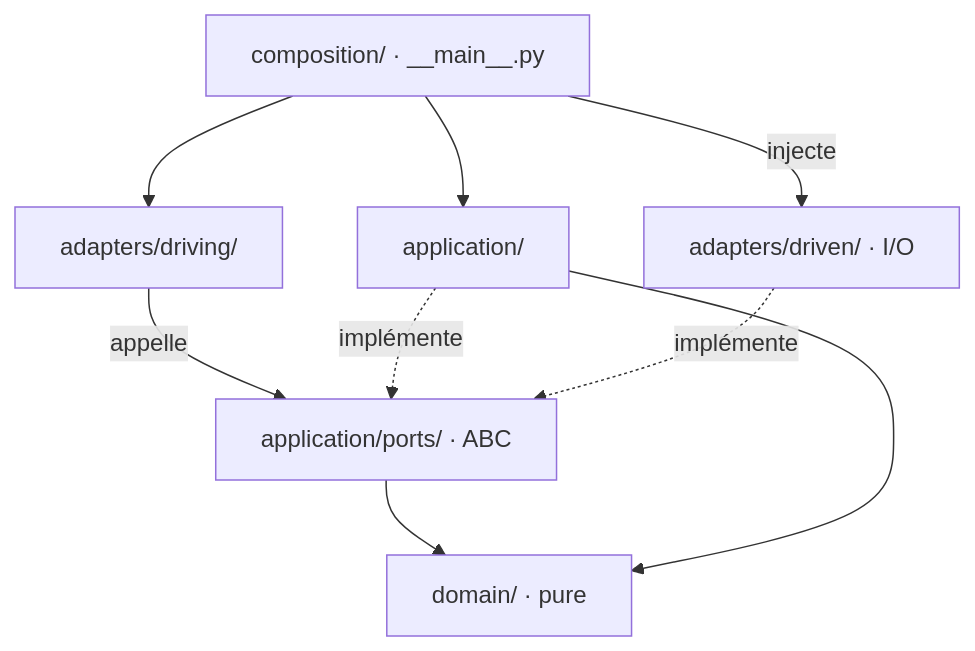
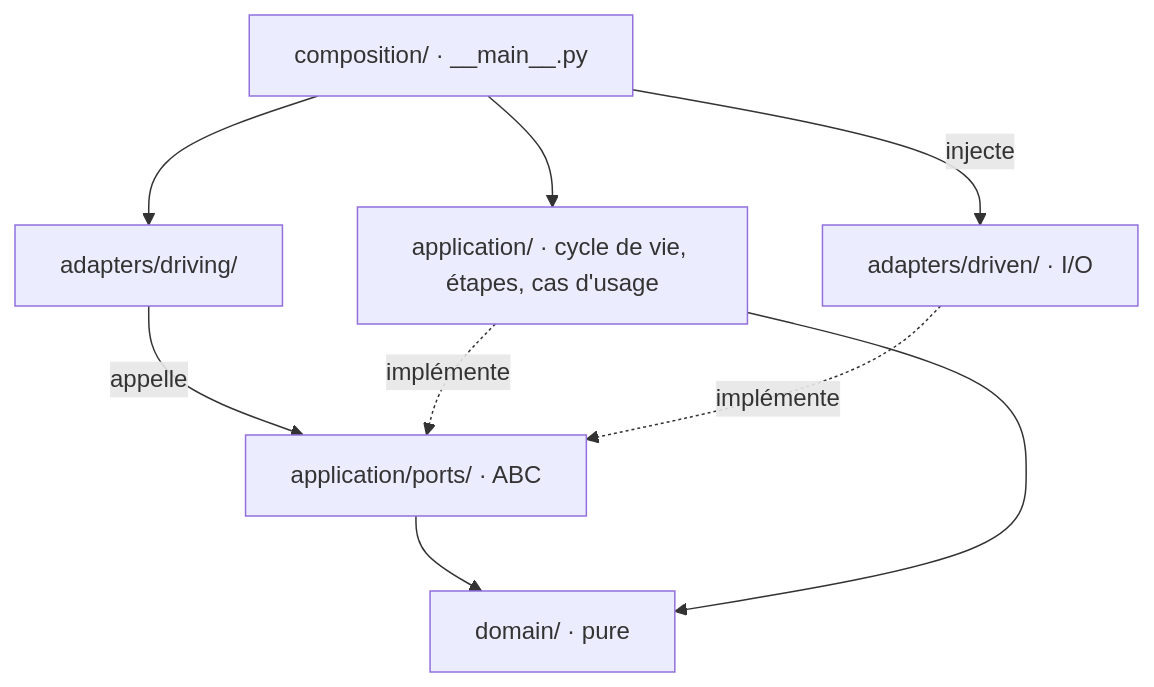
Before and after one commit to mission-titar/p2pwatch: the fourth of 12 diagrams in docs/contributing/architecture.md, drawn with Mermaid. The commit also changed other lines of this file and 2 other files, not shown here.

First line of the commit message:
chore: tach holds the rings of application/

````diff
--- a/docs/contributing/architecture.md
+++ b/docs/contributing/architecture.md
@@ -169,18 +169,18 @@
 ```mermaid
 flowchart TB
   comp["composition/ · __main__.py"]
   drivingAdp["adapters/driving/"]
-  appl["application/"]
+  appl["application/ · cycle de vie, étapes, cas d'usage"]
   ports["application/ports/ · ABC"]
   dom["domain/ · pure"]
   drivenAdp["adapters/driven/ · I/O"]
 
   comp --> drivingAdp
   comp --> appl
   comp -->|injecte| drivenAdp
   drivingAdp -->|appelle| ports
   appl -.->|implémente| ports
   drivenAdp -.->|implémente| ports
   ports --> dom
   appl --> dom
 ```
````
